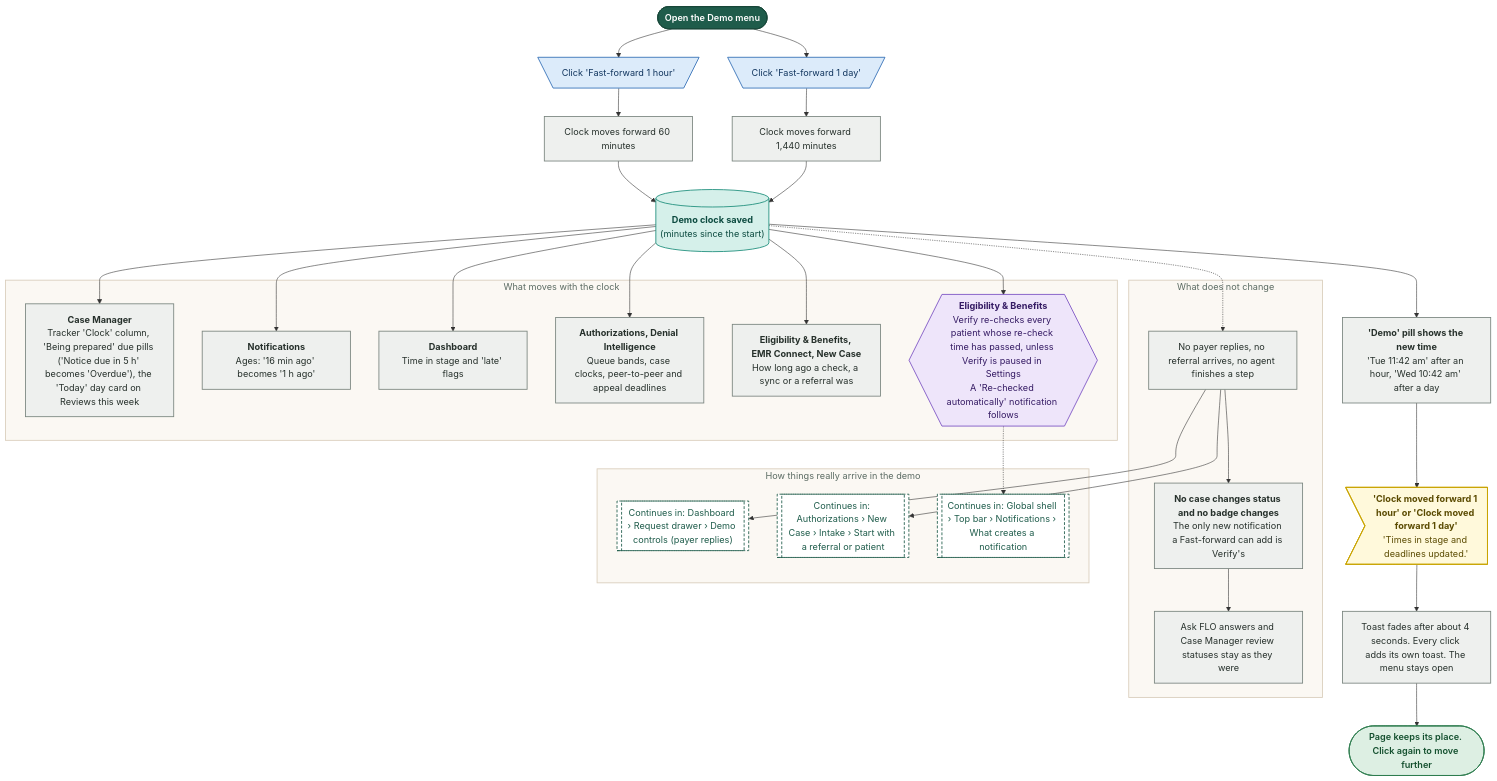
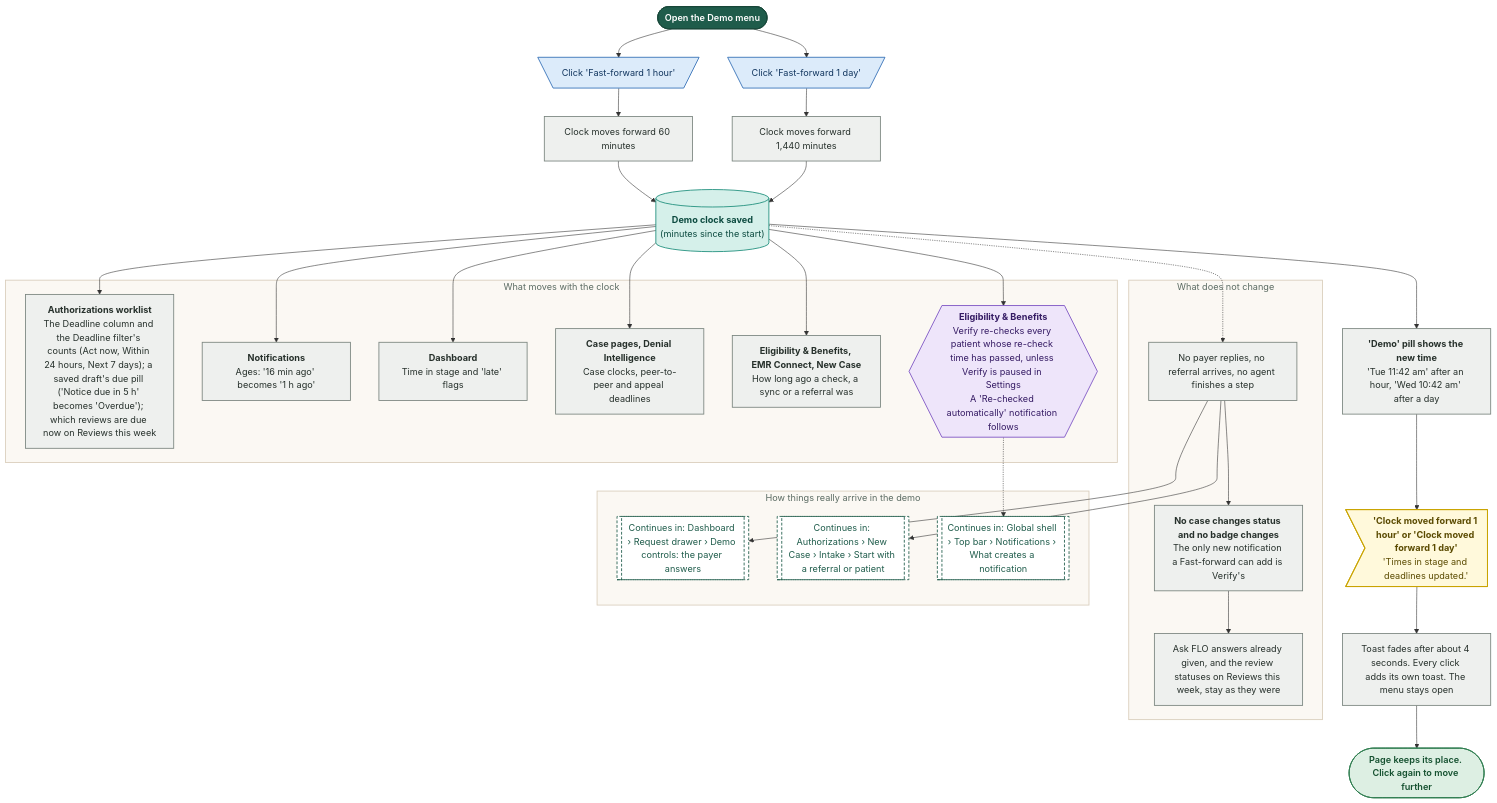
Before and after one commit to Shrav143/psyfloapp: diagram 13 of 19 in demos/prior-auth-demo/workflows/out/md/01-global-shell.md, drawn with Mermaid. The commit also changed other lines of this file and 113 other files, not shown here.

First line of the commit message:
docs: workflow diagrams for the merged Authorizations (worklist, approved, reviews and tracked cases, sidebar arrow), every link retargeted, 336 diagrams

````diff
--- a/demos/prior-auth-demo/workflows/out/md/01-global-shell.md
+++ b/demos/prior-auth-demo/workflows/out/md/01-global-shell.md
@@ -952,69 +1045,69 @@
 ```mermaid
 %%{init: {"theme":"base","themeVariables":{"fontFamily":"'DM Sans', 'Segoe UI', system-ui, sans-serif","fontSize":"15px","lineColor":"#5B6B63","primaryTextColor":"#1C2B25","clusterBkg":"#FBF8F3","clusterBorder":"#D9CDBB","edgeLabelBackground":"#FFFFFF"},"flowchart":{"curve":"basis","nodeSpacing":36,"rankSpacing":48,"padding":12,"htmlLabels":true,"useMaxWidth":false,"wrappingWidth":230}} }%%
 flowchart TD
   classDef k_start fill:#1F5C4B,stroke:#174638,color:#FFFFFF,stroke-width:1.5px,font-weight:600
   classDef k_end fill:#DDEFE3,stroke:#2E7D4F,color:#14502F,stroke-width:1.5px,font-weight:600
   classDef k_endx fill:#FBE3E0,stroke:#C0392B,color:#7A1F16,stroke-width:1.5px,font-weight:600
   classDef k_screen fill:#FFFDF8,stroke:#1F5C4B,color:#1C2B25,stroke-width:2px
   classDef k_overlay fill:#F1F7F3,stroke:#1F5C4B,color:#1C2B25,stroke-width:2px,stroke-dasharray:5 3
   classDef k_click fill:#DCEBFA,stroke:#2F6DB5,color:#12365F,stroke-width:1.5px
   classDef k_input fill:#E4E7FF,stroke:#4C5FD5,color:#1D2670,stroke-width:1.5px
   classDef k_process fill:#EEF0EE,stroke:#7A857F,color:#26302B,stroke-width:1.5px
   classDef k_agent fill:#EEE5FA,stroke:#7A4FC2,color:#341A63,stroke-width:1.5px
   classDef k_decision fill:#FFF0CC,stroke:#D9962B,color:#5C3B00,stroke-width:1.5px
   classDef k_store fill:#D5F0EA,stroke:#1C8E7B,color:#0B4A3F,stroke-width:1.5px
   classDef k_doc fill:#F6E9DC,stroke:#B07A4C,color:#4A2E14,stroke-width:1.5px
   classDef k_ext fill:#FFE6D2,stroke:#E07B39,color:#6B2F06,stroke-width:1.5px
   classDef k_wait fill:#E4E8EE,stroke:#6B7C93,color:#26303D,stroke-width:1.5px
   classDef k_toast fill:#FFF9DB,stroke:#C9A400,color:#5A4A00,stroke-width:1.5px
   classDef k_goto fill:#FFFFFF,stroke:#1F5C4B,color:#1F5C4B,stroke-width:1.5px,stroke-dasharray:5 3
   s1@{ shape: stadium, label: "Open the Demo menu" }
   c1@{ shape: trap-t, label: "Click 'Fast-forward 1 hour'" }
   c2@{ shape: trap-t, label: "Click 'Fast-forward 1 day'" }
   p1@{ shape: rect, label: "Clock moves forward 60 minutes" }
   p2@{ shape: rect, label: "Clock moves forward 1,440 minutes" }
   st1@{ shape: cyl, label: "<b>Demo clock saved</b><br/>(minutes since the start)" }
   p3@{ shape: rect, label: "<b>'Demo' pill shows the new time</b><br/>'Tue 11:42 am' after an hour, 'Wed 10:42 am' after a day" }
   t1@{ shape: odd, label: "<b>'Clock moved forward 1 hour' or 'Clock moved forward 1 day'</b><br/>'Times in stage and deadlines updated.'" }
   p4@{ shape: rect, label: "Toast fades after about 4 seconds. Every click adds its own toast. The menu stays open" }
   subgraph gMove ["What moves with the clock"]
-  m1@{ shape: rect, label: "<b>Case Manager</b><br/>Tracker 'Clock' column, 'Being prepared' due pills ('Notice due in 5 h' becomes 'Overdue'), the 'Today' day card on Reviews this week" }
+  m1@{ shape: rect, label: "<b>Authorizations worklist</b><br/>The Deadline column and the Deadline filter's counts (Act now, Within 24 hours, Next 7 days); a saved draft's due pill ('Notice due in 5 h' becomes 'Overdue'); which reviews are due now on Reviews this week" }
   m2@{ shape: rect, label: "<b>Notifications</b><br/>Ages: '16 min ago' becomes '1 h ago'" }
   m3@{ shape: rect, label: "<b>Dashboard</b><br/>Time in stage and 'late' flags" }
-  m4@{ shape: rect, label: "<b>Authorizations, Denial Intelligence</b><br/>Queue bands, case clocks, peer-to-peer and appeal deadlines" }
+  m4@{ shape: rect, label: "<b>Case pages, Denial Intelligence</b><br/>Case clocks, peer-to-peer and appeal deadlines" }
   m5@{ shape: rect, label: "<b>Eligibility & Benefits, EMR Connect, New Case</b><br/>How long ago a check, a sync or a referral was" }
   m6@{ shape: hex, label: "<b>Eligibility & Benefits</b><br/>Verify re-checks every patient whose re-check time has passed, unless Verify is paused in Settings<br/>A 'Re-checked automatically' notification follows" }
   end
   subgraph gStill ["What does not change"]
   s2@{ shape: rect, label: "No payer replies, no referral arrives, no agent finishes a step" }
   s3@{ shape: rect, label: "<b>No case changes status and no badge changes</b><br/>The only new notification a Fast-forward can add is Verify's" }
-  s4@{ shape: rect, label: "Ask FLO answers and Case Manager review statuses stay as they were" }
+  s4@{ shape: rect, label: "Ask FLO answers already given, and the review statuses on Reviews this week, stay as they were" }
   end
   subgraph gHow ["How things really arrive in the demo"]
-  g1@{ shape: subproc, label: "Continues in: Dashboard › Request drawer › Demo controls (payer replies)" }
+  g1@{ shape: subproc, label: "Continues in: Dashboard › Request drawer › Demo controls: the payer answers" }
   g2@{ shape: subproc, label: "Continues in: Authorizations › New Case › Intake › Start with a referral or patient" }
   g3@{ shape: subproc, label: "Continues in: Global shell › Top bar › Notifications › What creates a notification" }
   end
   e1@{ shape: stadium, label: "Page keeps its place. Click again to move further" }
   s1 --> c1 & c2
   c1 --> p1 --> st1
   c2 --> p2 --> st1
   st1 --> p3 --> t1 --> p4 --> e1
   st1 --> m1 & m2 & m3 & m4 & m5 & m6
   st1 -.-> s2
   s2 --> s3 --> s4
   s2 --> g1
   s2 --> g2
   m6 -.-> g3
   class s1 k_start
   class c1,c2 k_click
   class p1,p2,p3,p4,m1,m2,m3,m4,m5,s2,s3,s4 k_process
   class st1 k_store
   class t1 k_toast
   class m6 k_agent
   class g1,g2,g3 k_goto
   class e1 k_end
   style gMove fill:#FBF8F3,stroke:#D9CDBB,stroke-width:1.5px,color:#5B6B63
   style gStill fill:#FBF8F3,stroke:#D9CDBB,stroke-width:1.5px,color:#5B6B63
   style gHow fill:#FBF8F3,stroke:#D9CDBB,stroke-width:1.5px,color:#5B6B63
 ```
````
